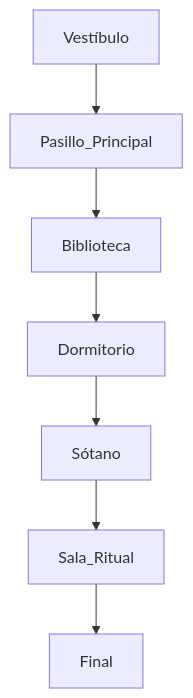
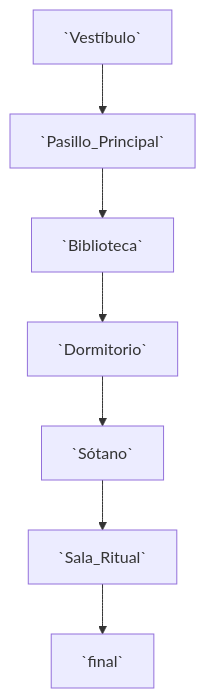
One commit to LAS1819/gameoff2026-gamejam changed the diagram in Docs/01-Game-Design/Puzzle-Flow.md. Above: the diagram before and after it, drawn with Mermaid. The commit also changed other lines of this file, not shown here.

Commit message:
docs: Update Puzzle Flow document to version 0.2 with improved clarity and formatting

````diff
--- a/Docs/01-Game-Design/Puzzle-Flow.md
+++ b/Docs/01-Game-Design/Puzzle-Flow.md
@@ -249,9 +249,9 @@
 ```mermaid
 graph TD
-    Vestíbulo --> Pasillo_Principal
-    Pasillo_Principal --> Biblioteca
-    Biblioteca --> Dormitorio
-    Dormitorio --> Sótano
-    Sótano --> Sala_Ritual
-    Sala_Ritual --> Final
+    `Vestíbulo` --> `Pasillo_Principal`
+    `Pasillo_Principal` --> `Biblioteca`
+    `Biblioteca` --> `Dormitorio`
+    `Dormitorio` --> `Sótano`
+    `Sótano` --> `Sala_Ritual`
+    `Sala_Ritual` --> `final`
 ```
````
